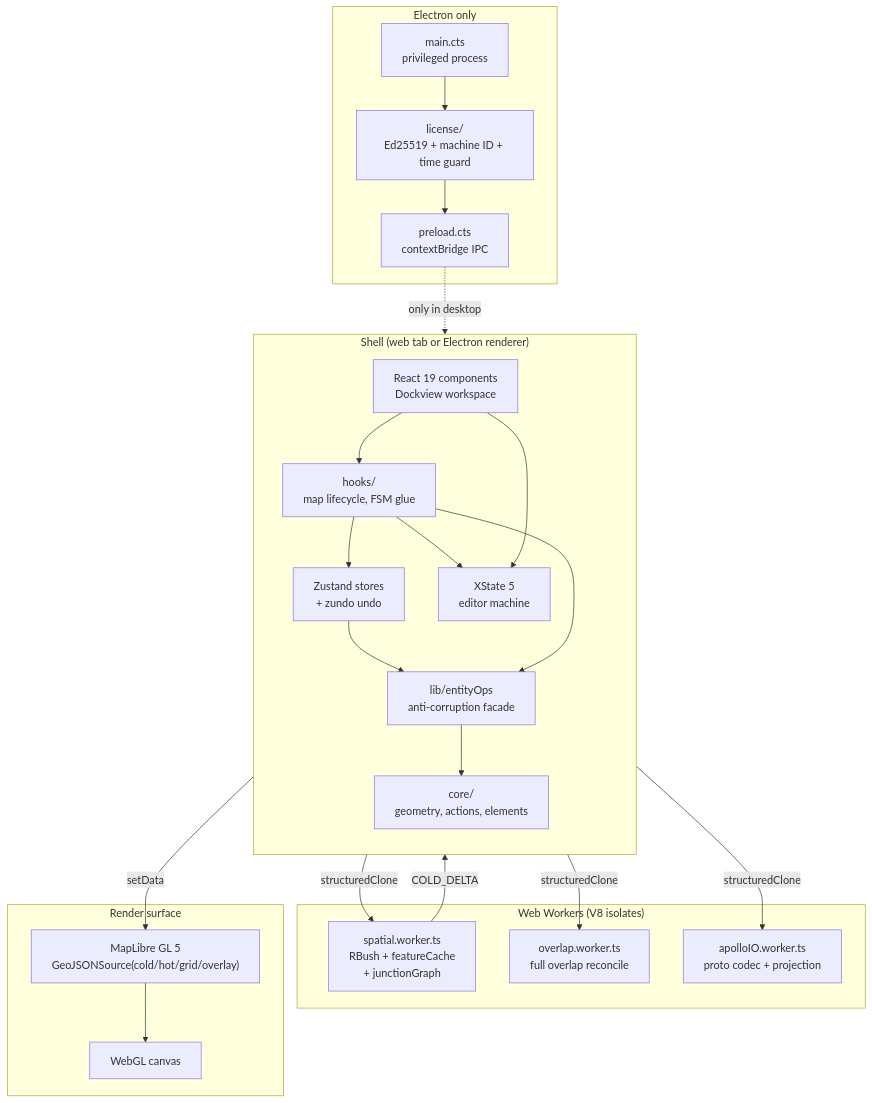
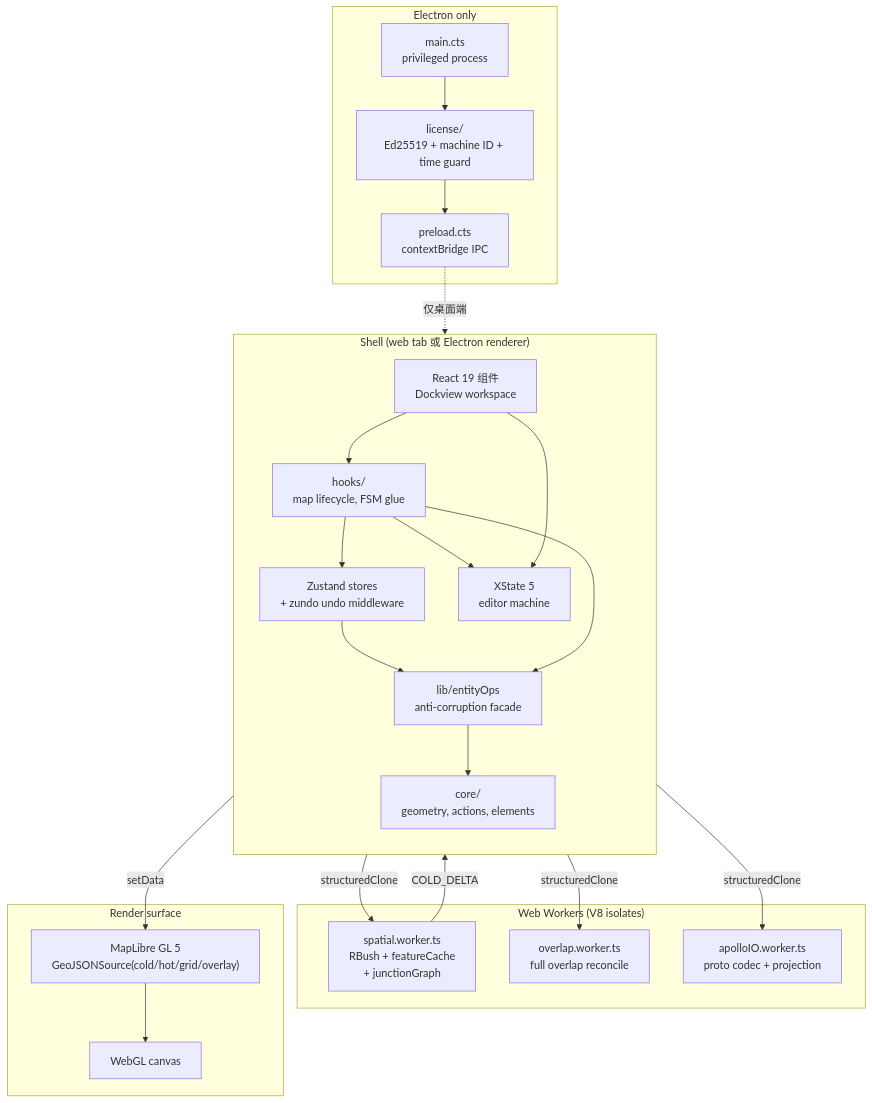
One commit to SakuraPuare/apollo-map-studio changed the first of 2 diagrams in docs/architecture/overview.md. Above: the diagram before and after it, drawn with Mermaid. The commit also changed other lines of this file and 414 other files, not shown here.

````diff
--- a/docs/architecture/overview.md
+++ b/docs/architecture/overview.md
@@ -25,44 +40,44 @@
 ```mermaid
 flowchart TB
-  subgraph Shell["Shell (web tab or Electron renderer)"]
+  subgraph Shell["Shell (web tab 或 Electron renderer)"]
     direction TB
-    UI["React 19 components<br/>Dockview workspace"]
+    UI["React 19 组件<br/>Dockview workspace"]
     Hooks["hooks/<br/>map lifecycle, FSM glue"]
-    Stores["Zustand stores<br/>+ zundo undo"]
+    Stores["Zustand stores<br/>+ zundo undo middleware"]
     FSM["XState 5<br/>editor machine"]
     Lib["lib/entityOps<br/>anti-corruption facade"]
     Core["core/<br/>geometry, actions, elements"]
   end
 
   subgraph Workers["Web Workers (V8 isolates)"]
     SpatialW["spatial.worker.ts<br/>RBush + featureCache<br/>+ junctionGraph"]
     OverlapW["overlap.worker.ts<br/>full overlap reconcile"]
     IOW["apolloIO.worker.ts<br/>proto codec + projection"]
   end
 
   subgraph Render["Render surface"]
     MapLibre["MapLibre GL 5<br/>GeoJSONSource(cold/hot/grid/overlay)"]
     Canvas["WebGL canvas"]
   end
 
   subgraph Desktop["Electron only"]
     Main["main.cts<br/>privileged process"]
     License["license/<br/>Ed25519 + machine ID + time guard"]
     IPC["preload.cts<br/>contextBridge IPC"]
   end
 
   UI --> Hooks --> Stores
   Hooks --> FSM
   UI --> FSM
   Stores --> Lib --> Core
   Hooks --> Lib
   Hooks -- structuredClone --> SpatialW
   Hooks -- structuredClone --> OverlapW
   Stores -- structuredClone --> IOW
   SpatialW -- COLD_DELTA --> Hooks
   Hooks -- setData --> MapLibre --> Canvas
 
-  IPC -. only in desktop .-> UI
+  IPC -. 仅桌面端 .-> UI
   Main --> License
   License --> IPC
 ```
````
